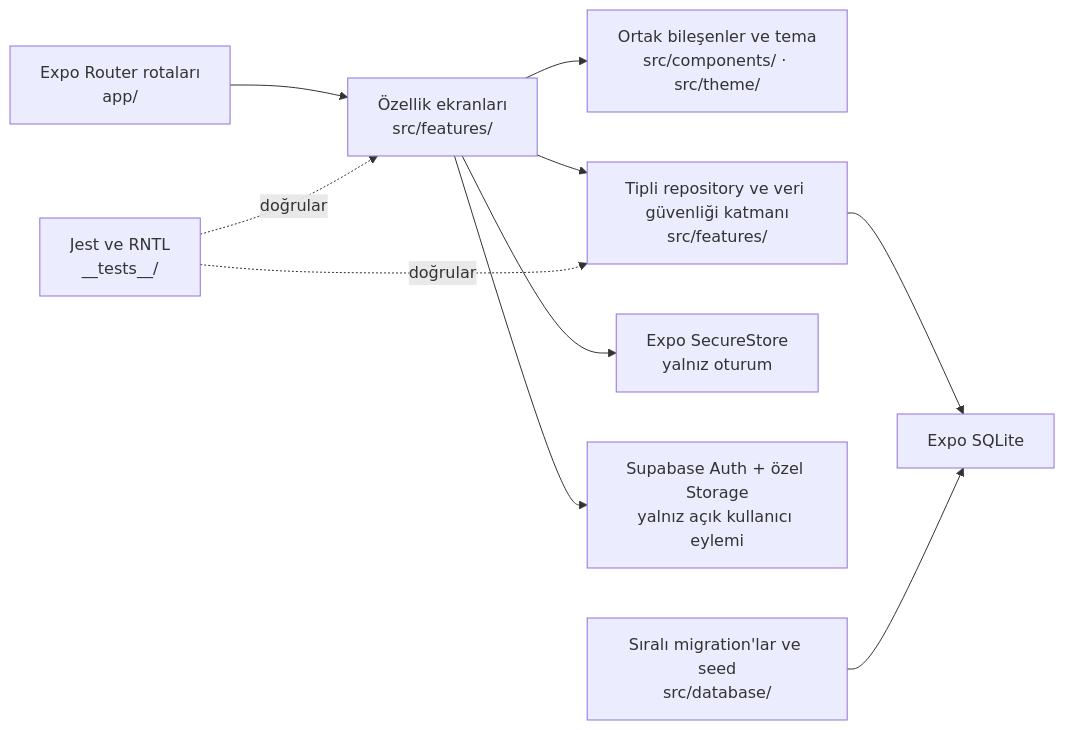
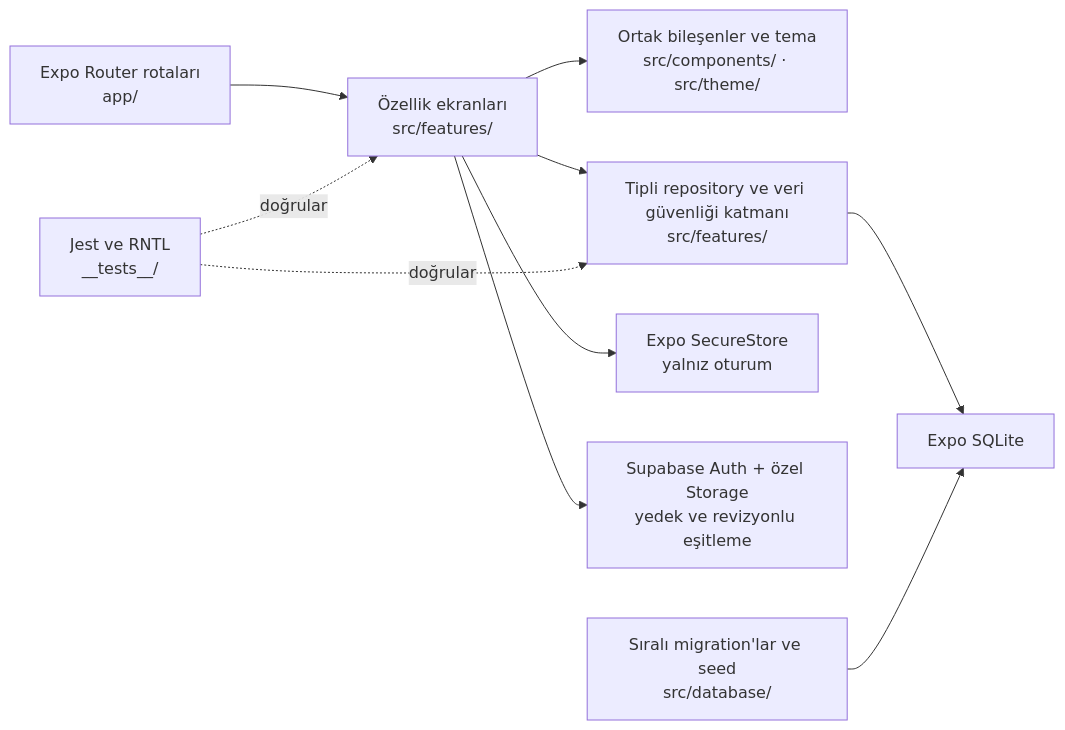
One commit to ilhanki/TitanLog changed the diagram in README.md. Above: the diagram before and after it, drawn with Mermaid. The commit also changed other lines of this file and 2 other files, not shown here.

````diff
--- a/README.md
+++ b/README.md
@@ -144,12 +148,12 @@
 ```mermaid
 flowchart LR
     Routes["Expo Router rotaları<br/>app/"] --> Screens["Özellik ekranları<br/>src/features/"]
     Screens --> Components["Ortak bileşenler ve tema<br/>src/components/ · src/theme/"]
     Screens --> Repositories["Tipli repository ve veri güvenliği katmanı<br/>src/features/"]
     Repositories --> SQLite["Expo SQLite"]
     Screens --> SecureStore["Expo SecureStore<br/>yalnız oturum"]
-    Screens --> Supabase["Supabase Auth + özel Storage<br/>yalnız açık kullanıcı eylemi"]
+    Screens --> Supabase["Supabase Auth + özel Storage<br/>yedek ve revizyonlu eşitleme"]
     Migrations["Sıralı migration'lar ve seed<br/>src/database/"] --> SQLite
     Tests["Jest ve RNTL<br/>__tests__/"] -. doğrular .-> Screens
     Tests -. doğrular .-> Repositories
 ```
````
